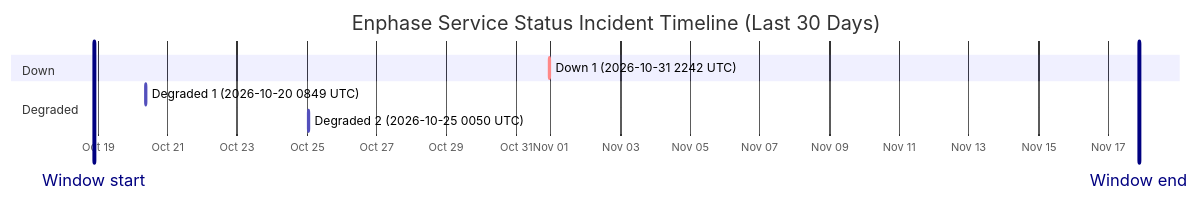
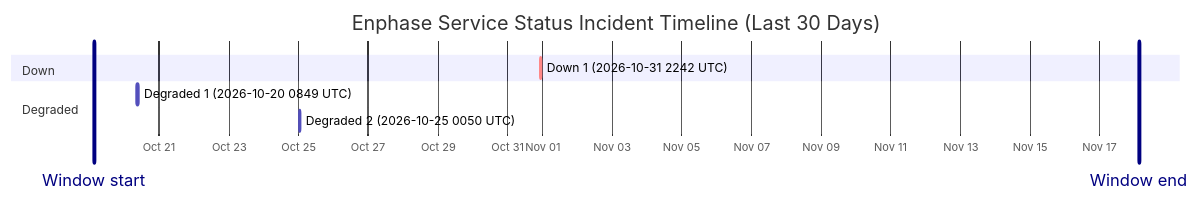
Before and after one commit to barneyonline/ha-enphase-energy: the diagram in wiki/Service-Status-History.md, drawn with Mermaid. The commit also changed other lines of this file and 3 other files, not shown here.

````diff
--- a/wiki/Service-Status-History.md
+++ b/wiki/Service-Status-History.md
@@ -14,13 +14,13 @@
 ```mermaid
 gantt
     title Enphase Service Status Incident Timeline (Last 30 Days)
     dateFormat  YYYY-MM-DDTHH:mm:ss
     axisFormat  %b %d
-    Window start :vert, window-start, 2026-10-18T21:11:35, 0ms
-    Window end :vert, window-end, 2026-11-17T21:11:35, 0ms
+    Window start :vert, window-start, 2026-10-19T03:01:43, 0ms
+    Window end :vert, window-end, 2026-11-18T03:01:43, 0ms
     section Down
     Down 1 (2026-10-31 2242 UTC) :crit, down-1, 2026-10-31T22:42:18, 60m
     section Degraded
     Degraded 1 (2026-10-20 0849 UTC) :active, degraded-1, 2026-10-20T08:49:49, 60m
     Degraded 2 (2026-10-25 0050 UTC) :active, degraded-2, 2026-10-25T00:50:01, 60m
 ```
````
